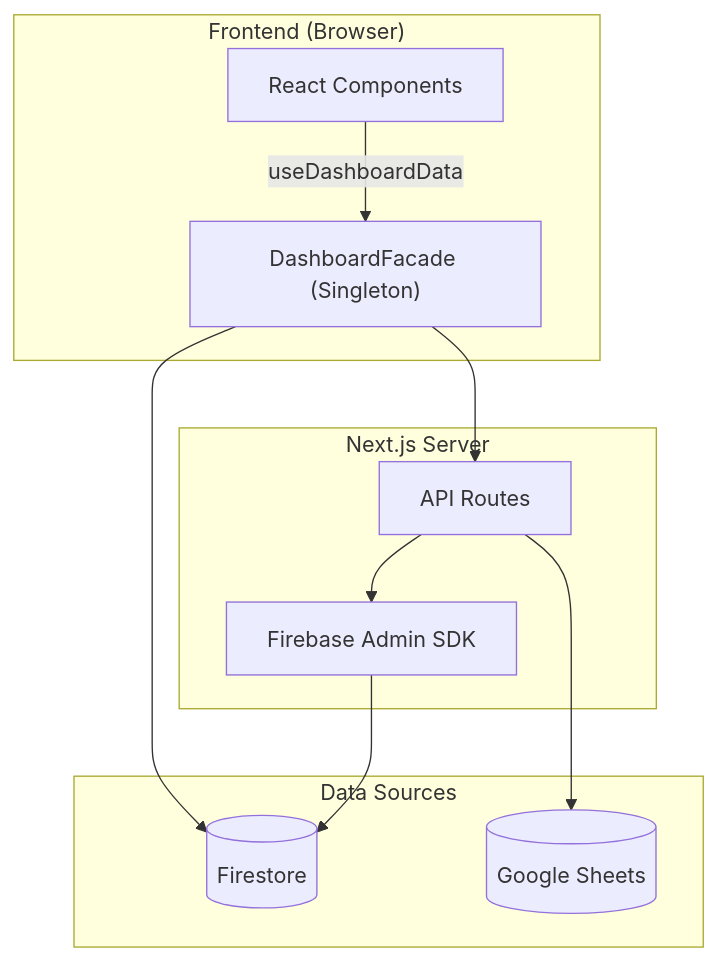
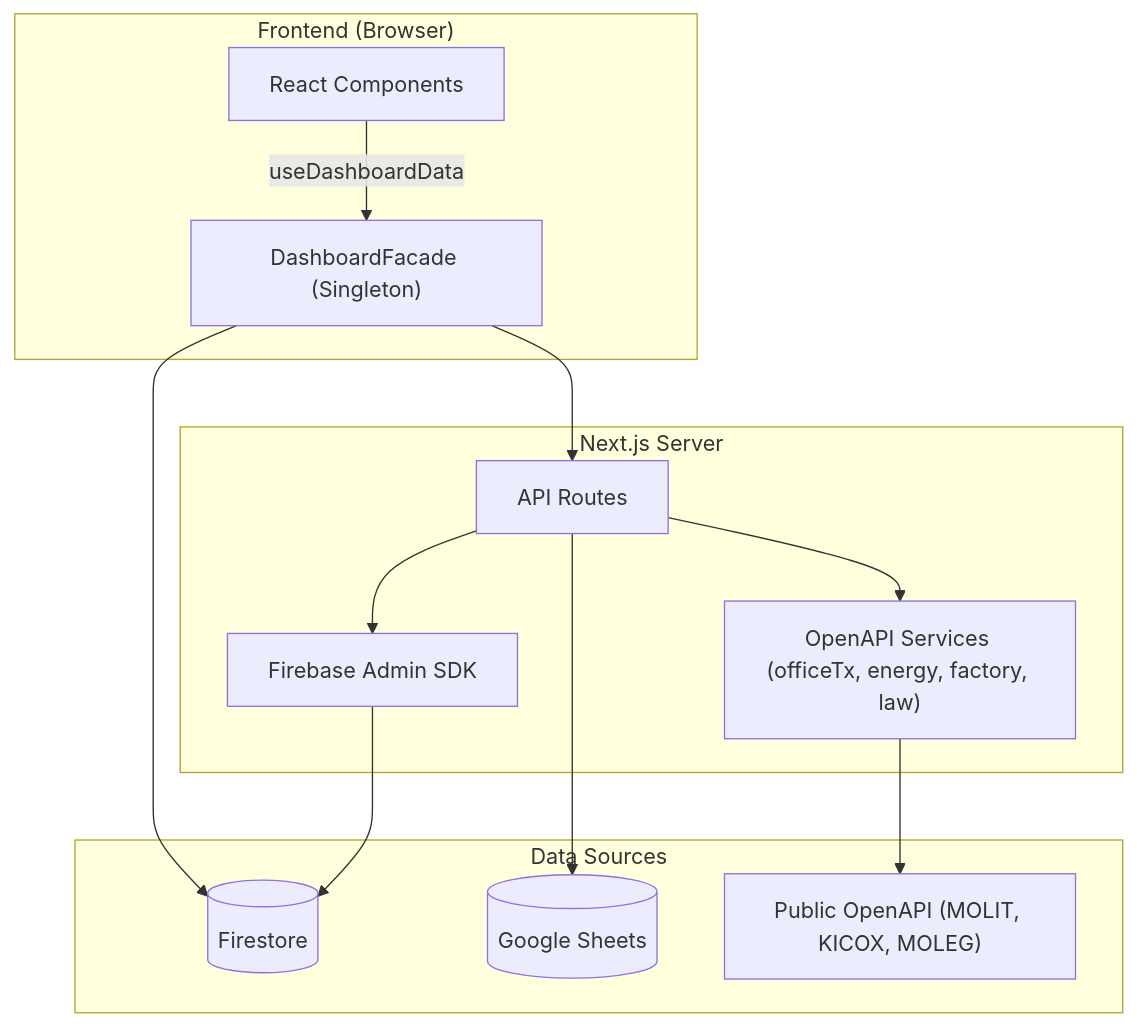
Before and after one commit to Portfolio-Architects/PORTFOLIO-DVIEW: the diagram in PORTFOLIO DVIEW - Engineering Report.md, drawn with Mermaid. The commit also changed other lines of this file and 1 other file, not shown here.

Commit message:
docs(engineering): document 10 public OpenAPIs in engineering report and simplify Recharts line visibility logic

````diff
--- a/PORTFOLIO DVIEW - Engineering Report.md
+++ b/PORTFOLIO DVIEW - Engineering Report.md
@@ -48,21 +48,25 @@
 ```mermaid
 graph TB
     subgraph Client["Frontend (Browser)"]
         UI["React Components"]
         Facade["DashboardFacade (Singleton)"]
     end
     subgraph API["Next.js Server"]
         Routes["API Routes"]
         Admin["Firebase Admin SDK"]
+        Services["OpenAPI Services (officeTx, energy, factory, law)"]
     end
     subgraph Data["Data Sources"]
         Firestore[("Firestore")]
         GSheet[("Google Sheets")]
+        PublicAPI["Public OpenAPI (MOLIT, KICOX, MOLEG)"]
     end
     UI -->|useDashboardData| Facade
     Facade --> Firestore
     Facade --> Routes
     Routes --> GSheet
     Routes --> Admin
+    Routes --> Services
+    Services --> PublicAPI
     Admin --> Firestore
 ```
````
